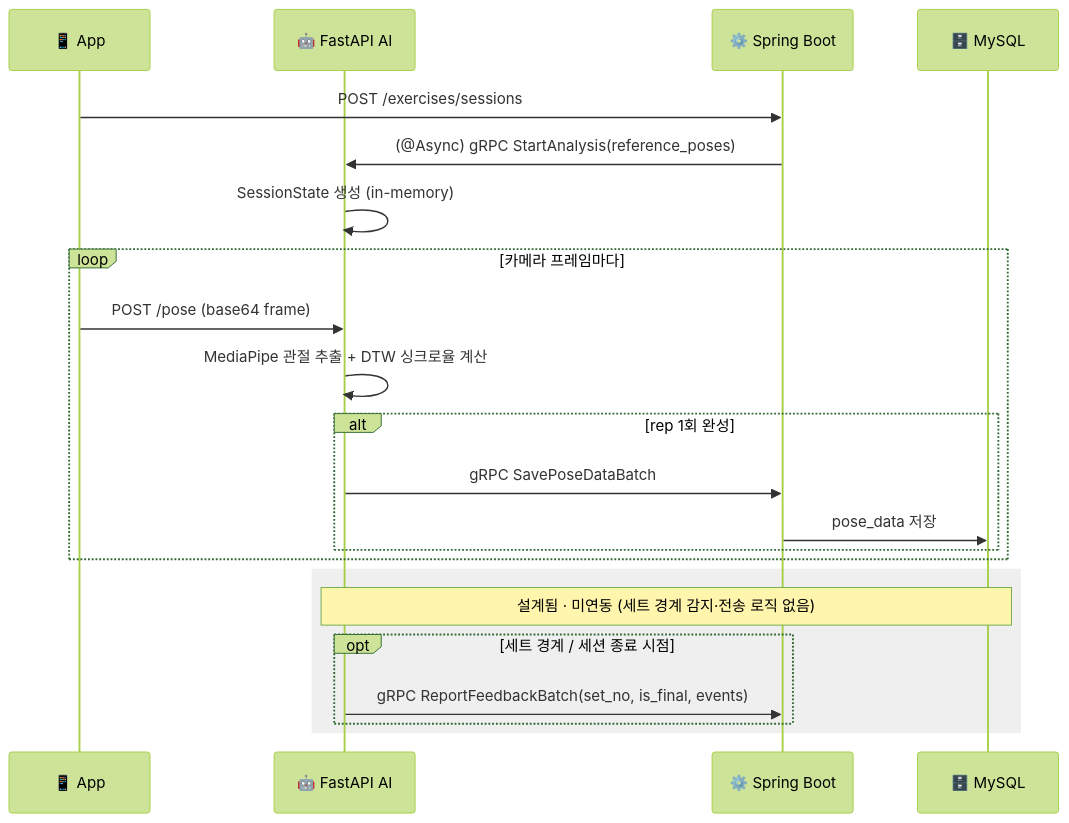
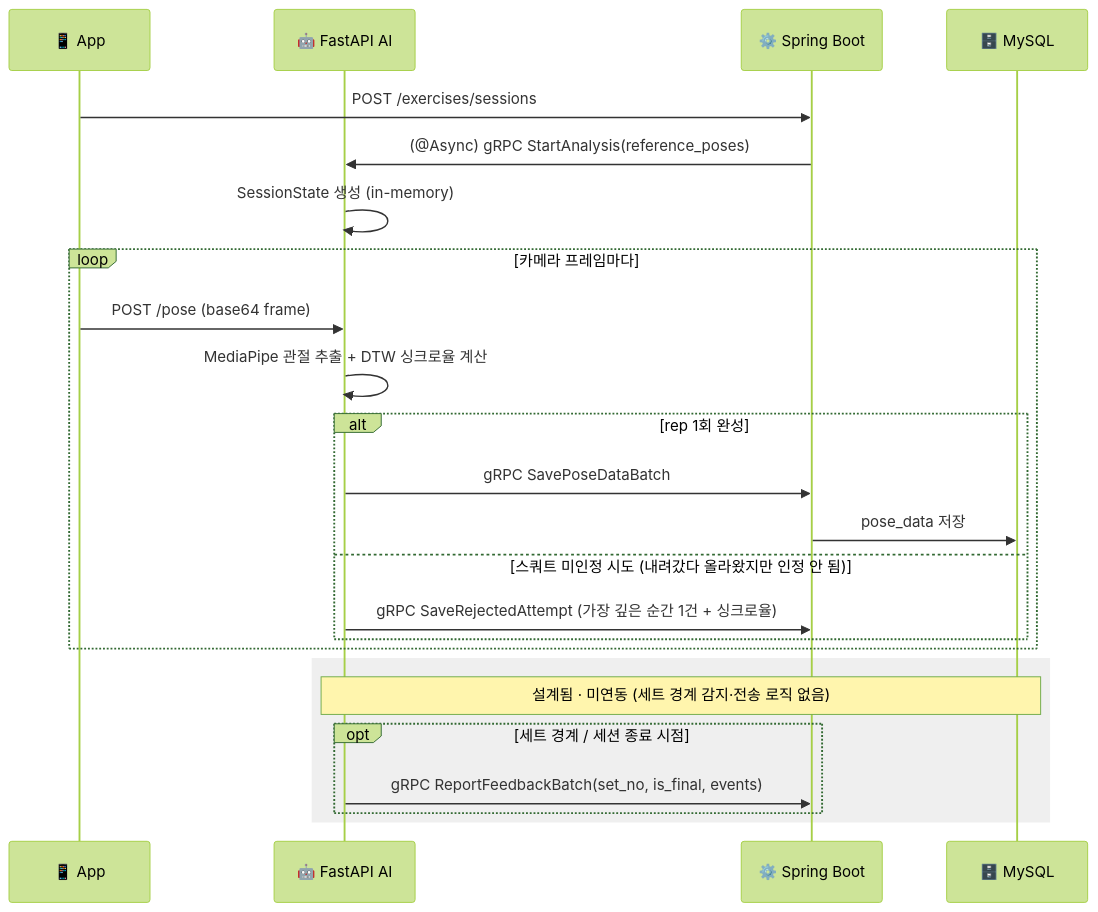
Before and after one commit to Shadowfit/init: the second of 2 diagrams in ai-server/README.md, drawn with Mermaid (forest theme). The commit also changed other lines of this file and 79 other files, not shown here.

````diff
--- a/ai-server/README.md
+++ b/ai-server/README.md
@@ -36,27 +36,29 @@
 ```mermaid
 sequenceDiagram
     participant FE as 📱 App
     participant AI as 🤖 FastAPI AI
     participant BE as ⚙️ Spring Boot
     participant DB as 🗄️ MySQL
 
     FE->>BE: POST /exercises/sessions
     BE->>AI: (@Async) gRPC StartAnalysis(reference_poses)
     AI->>AI: SessionState 생성 (in-memory)
 
     loop 카메라 프레임마다
         FE->>AI: POST /pose (base64 frame)
         AI->>AI: MediaPipe 관절 추출 + DTW 싱크로율 계산
         alt rep 1회 완성
             AI->>BE: gRPC SavePoseDataBatch
             BE->>DB: pose_data 저장
+        else 스쿼트 미인정 시도 (내려갔다 올라왔지만 인정 안 됨)
+            AI->>BE: gRPC SaveRejectedAttempt (가장 깊은 순간 1건 + 싱크로율)
         end
     end
 
     rect rgba(150,150,150,0.15)
     Note over AI,DB: 설계됨 · 미연동 (세트 경계 감지·전송 로직 없음)
     opt 세트 경계 / 세션 종료 시점
         AI->>BE: gRPC ReportFeedbackBatch(set_no, is_final, events)
     end
     end
 ```
````
